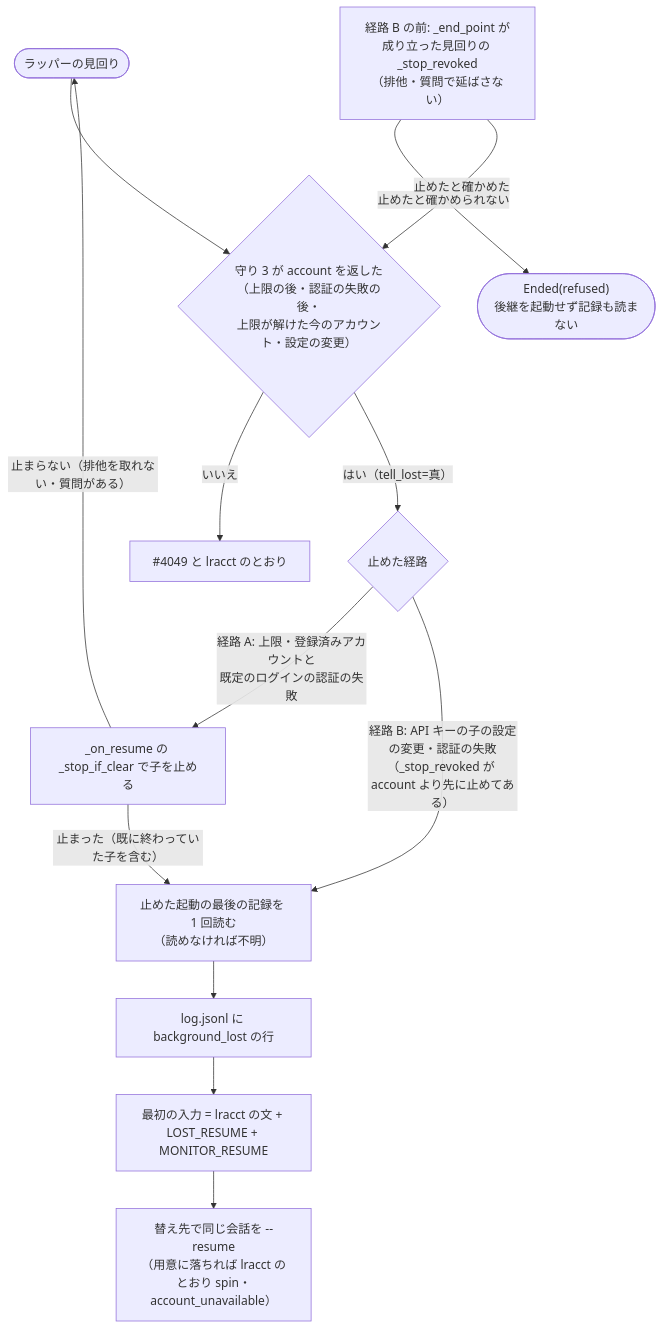
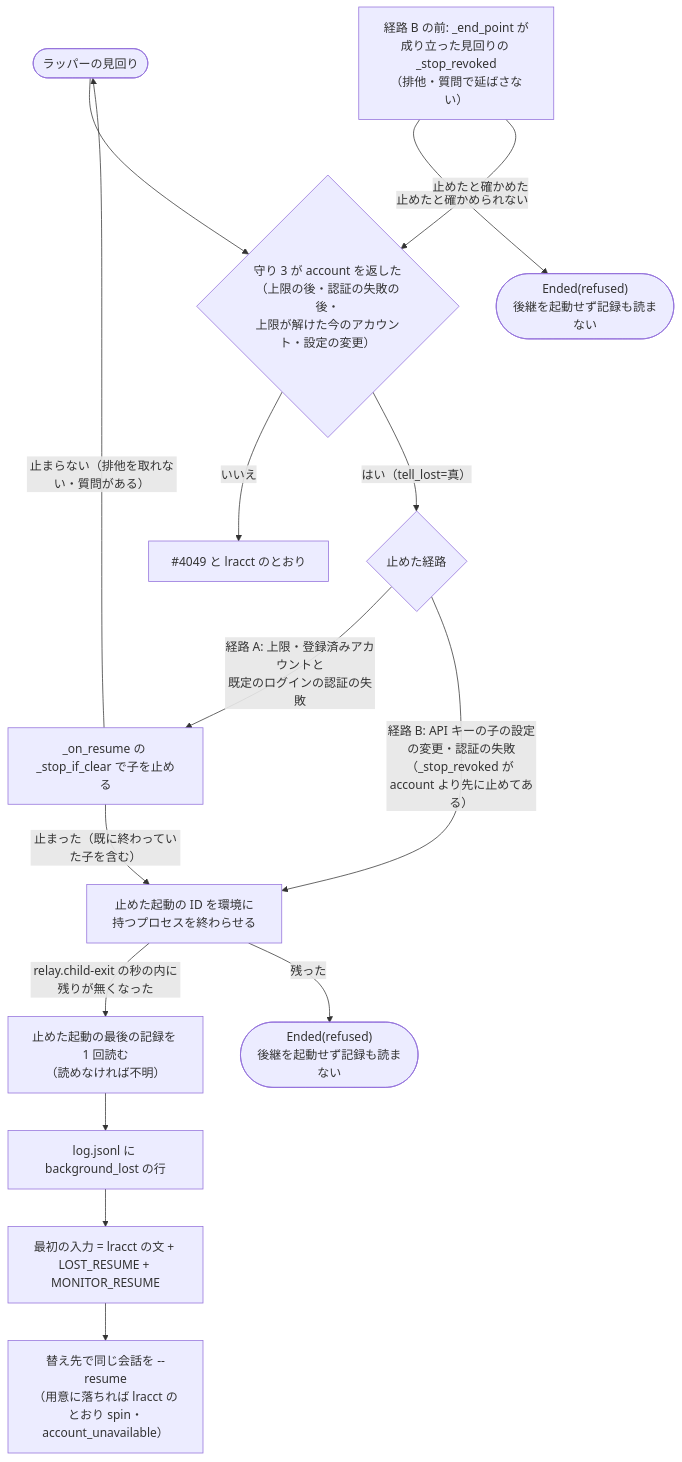
One commit to devbasex/ai-plugins changed the third of 3 diagrams in issues/issue-4063-design.md. Above: the diagram before and after it, drawn with Mermaid. The commit also changed other lines of this file, not shown here.

Commit message:
Docs: #4063 で、子を止めただけでは別セッションの背景の Bash が残りうると実測から書き、後継の起動の前に止めた起動の ID を環境に持つプロセスを終わらせて確かめ、残れば refused で終える形にする（cross-review r3-3）

````diff
--- a/issues/issue-4063-design.md
+++ b/issues/issue-4063-design.md
@@ -104,15 +105,17 @@
 ```mermaid
 flowchart TD
   Q([ラッパーの見回り]) --> L{"守り 3 が account を返した<br>（上限の後・認証の失敗の後・<br>上限が解けた今のアカウント・設定の変更）"}
   L -- "いいえ" --> O["#4049 と lracct のとおり"]
   L -- "はい（tell_lost=真）" --> P{"止めた経路"}
   P -- "経路 A: 上限・登録済みアカウントと<br>既定のログインの認証の失敗" --> K["_on_resume の _stop_if_clear で子を止める"]
   K -- "止まらない（排他を取れない・質問がある）" --> Q
-  K -- "止まった（既に終わっていた子を含む）" --> RD["止めた起動の最後の記録を 1 回読む<br>（読めなければ不明）"]
-  P -- "経路 B: API キーの子の設定の変更・認証の失敗<br>（_stop_revoked が account より先に止めてある）" --> RD
+  K -- "止まった（既に終わっていた子を含む）" --> BK["止めた起動の ID を環境に持つプロセスを終わらせる"]
+  P -- "経路 B: API キーの子の設定の変更・認証の失敗<br>（_stop_revoked が account より先に止めてある）" --> BK
+  BK -- "relay.child-exit の秒の内に残りが無くなった" --> RD["止めた起動の最後の記録を 1 回読む<br>（読めなければ不明）"]
+  BK -- "残った" --> BR(["Ended(refused)<br>後継を起動せず記録も読まない"])
   SR["経路 B の前: _end_point が成り立った見回りの _stop_revoked<br>（排他・質問で延ばさない）"] -- "止めたと確かめられない" --> RF(["Ended(refused)<br>後継を起動せず記録も読まない"])
   SR -- "止めたと確かめた" --> L
   RD --> LG["log.jsonl に background_lost の行"]
   LG --> SP["最初の入力 = lracct の文 + LOST_RESUME + MONITOR_RESUME"]
   SP --> RS["替え先で同じ会話を --resume<br>（用意に落ちれば lracct のとおり spin・account_unavailable）"]
 ```
````
